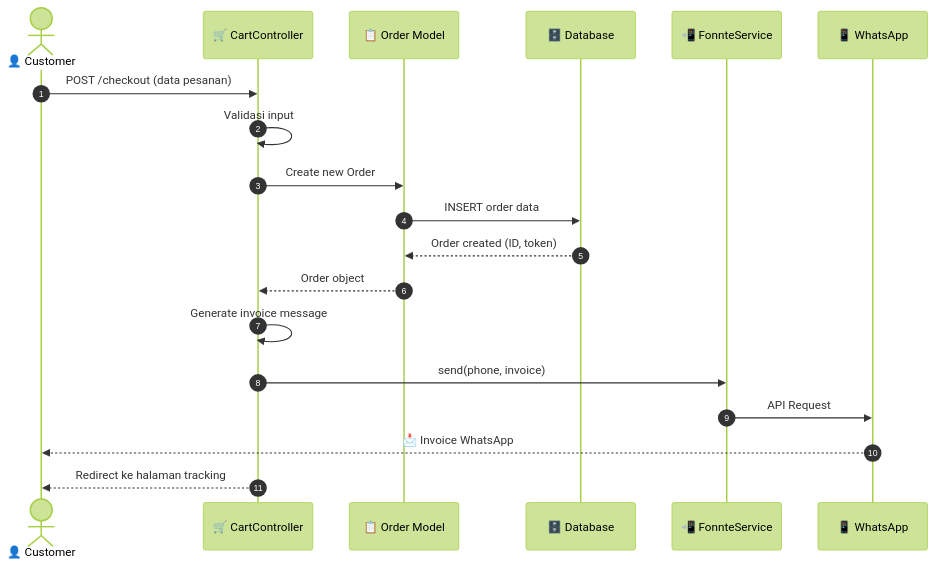
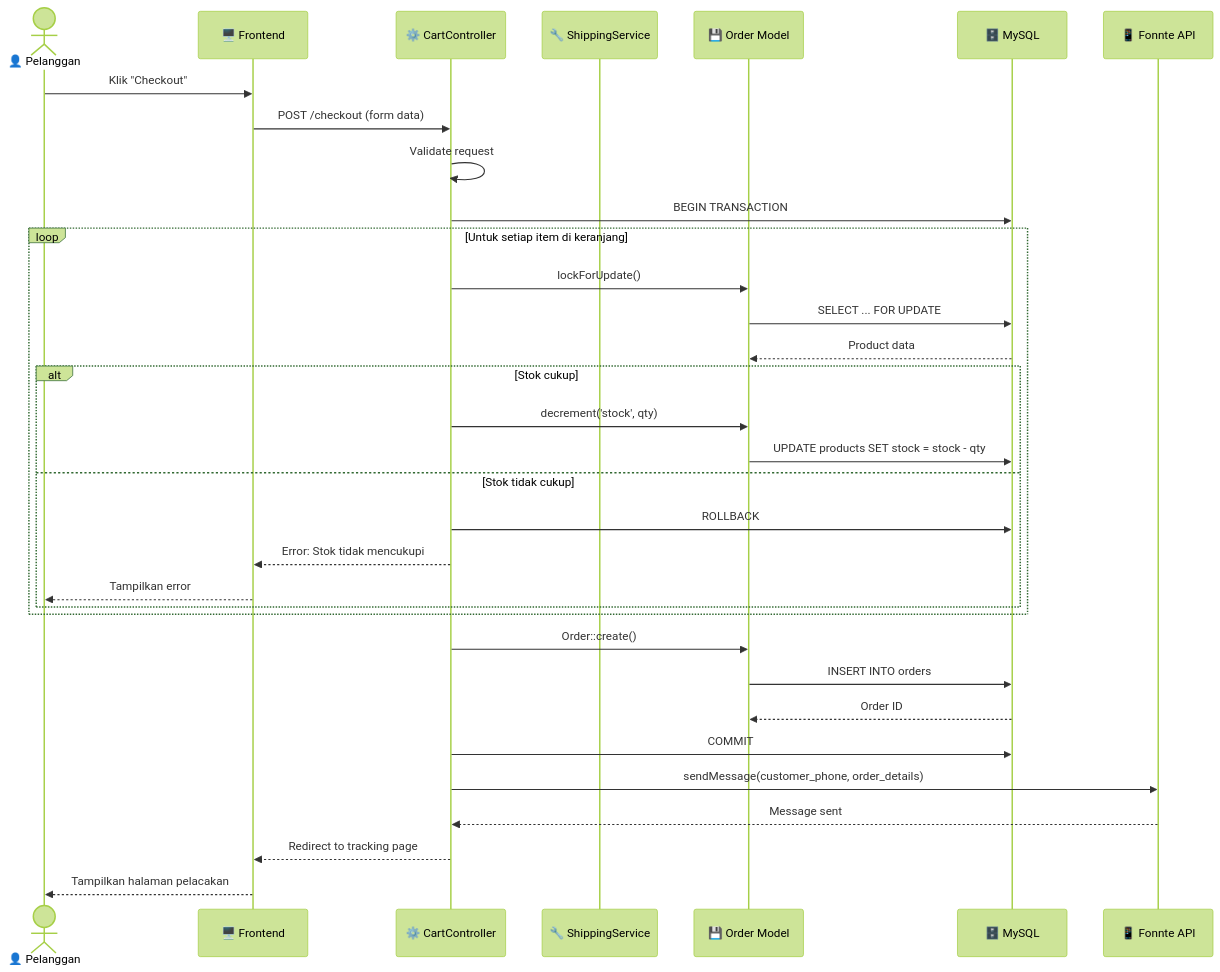
One commit to mustarisyahding07-spec/WEBSITE_SKRIPSI_MUSTARI changed the fifth of 8 diagrams in docs/DESIGN.md. Above: the diagram before and after it, drawn with Mermaid (forest theme). The commit also changed other lines of this file and 7 other files, not shown here.

````diff
--- a/docs/DESIGN.md
+++ b/docs/DESIGN.md
@@ -307,22 +357,43 @@
 ```mermaid
 sequenceDiagram
-    autonumber
-    actor Customer as 👤 Customer
-    participant Cart as 🛒 CartController
-    participant Order as 📋 Order Model
-    participant DB as 🗄️ Database
-    participant Fonnte as 📲 FonnteService
-    participant WA as 📱 WhatsApp
-
-    Customer->>Cart: POST /checkout (data pesanan)
-    Cart->>Cart: Validasi input
-    Cart->>Order: Create new Order
-    Order->>DB: INSERT order data
-    DB-->>Order: Order created (ID, token)
-    Order-->>Cart: Order object
-    Cart->>Cart: Generate invoice message
-    Cart->>Fonnte: send(phone, invoice)
-    Fonnte->>WA: API Request
-    WA-->>Customer: 📩 Invoice WhatsApp
-    Cart-->>Customer: Redirect ke halaman tracking
+    actor Customer as 👤 Pelanggan
+    participant UI as 🖥️ Frontend
+    participant Controller as ⚙️ CartController
+    participant Service as 🔧 ShippingService
+    participant Model as 💾 Order Model
+    participant DB as 🗄️ MySQL
+    participant WA as 📱 Fonnte API
+    
+    Customer->>UI: Klik "Checkout"
+    UI->>Controller: POST /checkout (form data)
+    
+    Controller->>Controller: Validate request
+    Controller->>DB: BEGIN TRANSACTION
+    
+    loop Untuk setiap item di keranjang
+        Controller->>Model: lockForUpdate()
+        Model->>DB: SELECT ... FOR UPDATE
+        DB-->>Model: Product data
+        
+        alt Stok cukup
+            Controller->>Model: decrement('stock', qty)
+            Model->>DB: UPDATE products SET stock = stock - qty
+        else Stok tidak cukup
+            Controller->>DB: ROLLBACK
+            Controller-->>UI: Error: Stok tidak mencukupi
+            UI-->>Customer: Tampilkan error
+        end
+    end
+    
+    Controller->>Model: Order::create()
+    Model->>DB: INSERT INTO orders
+    DB-->>Model: Order ID
+    
+    Controller->>DB: COMMIT
+    
+    Controller->>WA: sendMessage(customer_phone, order_details)
+    WA-->>Controller: Message sent
+    
+    Controller-->>UI: Redirect to tracking page
+    UI-->>Customer: Tampilkan halaman pelacakan
 ```
````
